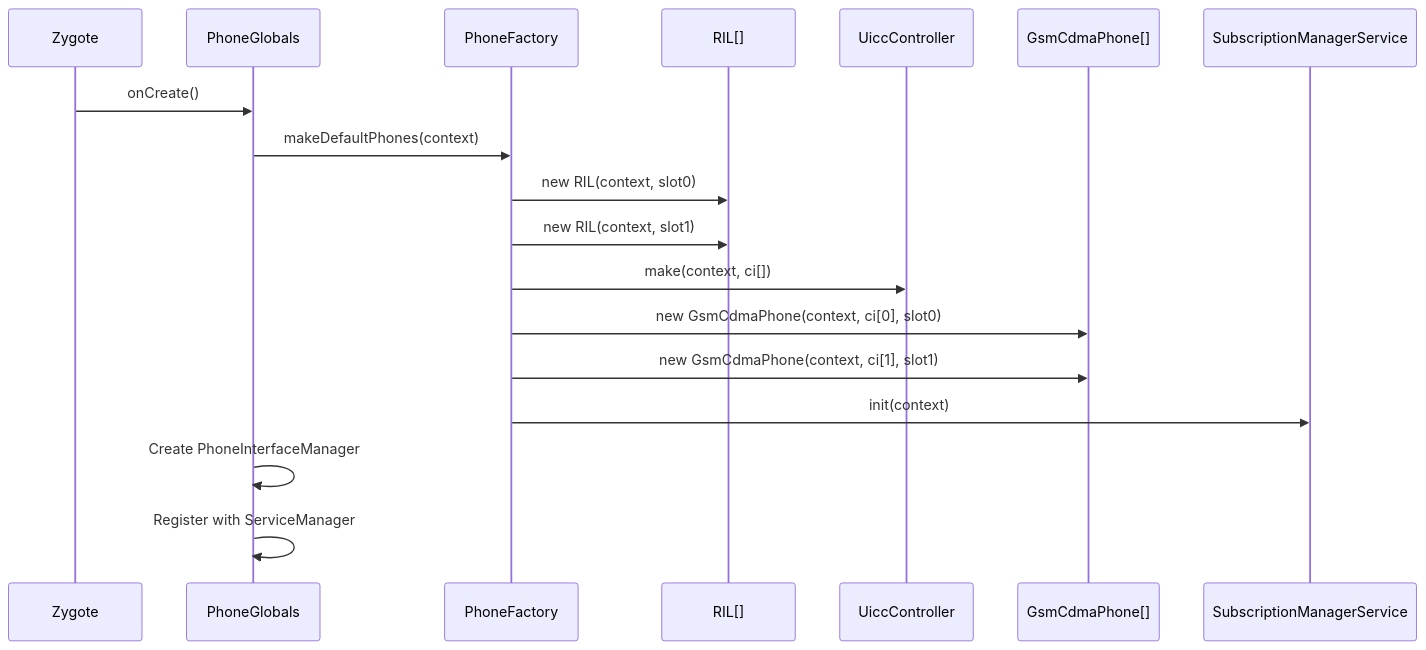
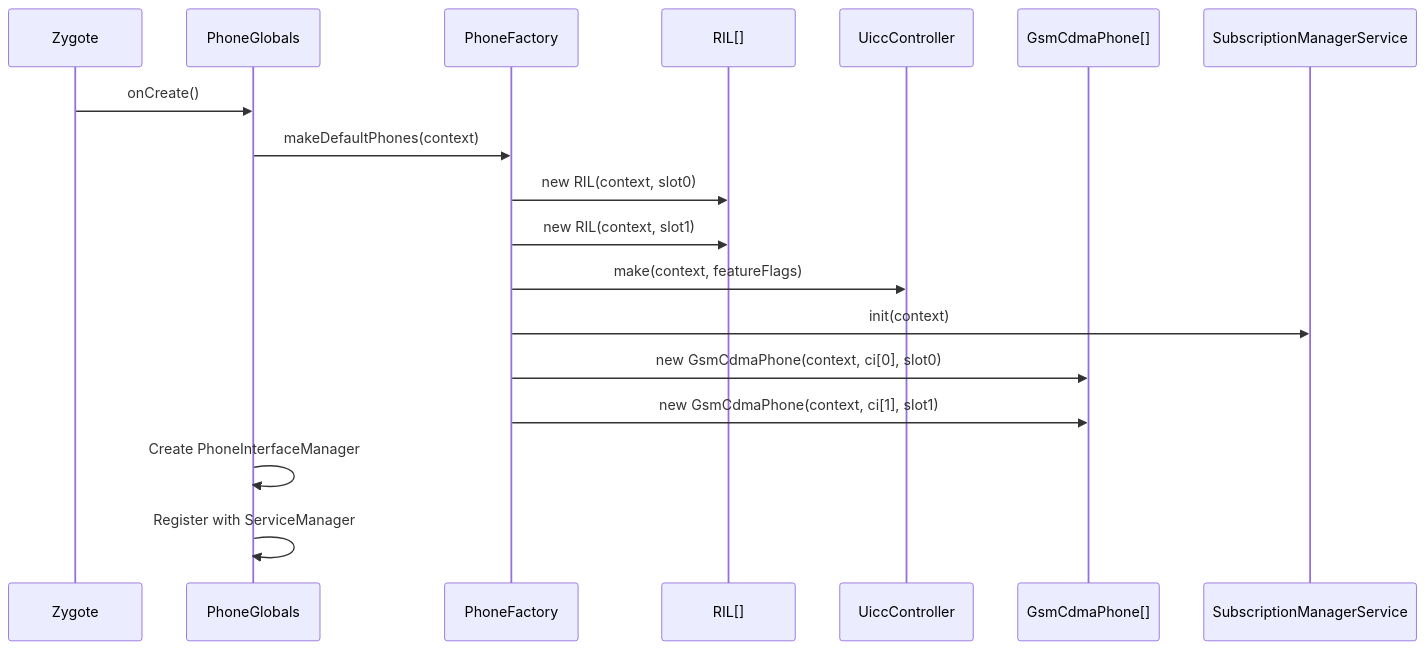
The fourth of 55 diagrams in 36-telephony.md (aospbooks/aosp-internal-book), drawn with Mermaid before and after one commit. The commit also changed other lines of this file and 218 other files, not shown here.

````diff
--- a/36-telephony.md
+++ b/36-telephony.md
@@ -239,21 +257,21 @@
 ```mermaid
 sequenceDiagram
     participant Zygote
     participant PG as PhoneGlobals
     participant PF as PhoneFactory
     participant RIL as RIL[]
     participant UiccC as UiccController
     participant Phone as GsmCdmaPhone[]
     participant SubMgr as SubscriptionManagerService
 
     Zygote->>PG: onCreate()
     PG->>PF: makeDefaultPhones(context)
     PF->>RIL: new RIL(context, slot0)
     PF->>RIL: new RIL(context, slot1)
-    PF->>UiccC: make(context, ci[])
+    PF->>UiccC: make(context, featureFlags)
+    PF->>SubMgr: init(context)
     PF->>Phone: new GsmCdmaPhone(context, ci[0], slot0)
     PF->>Phone: new GsmCdmaPhone(context, ci[1], slot1)
-    PF->>SubMgr: init(context)
     PG->>PG: Create PhoneInterfaceManager
     PG->>PG: Register with ServiceManager
 ```
````
